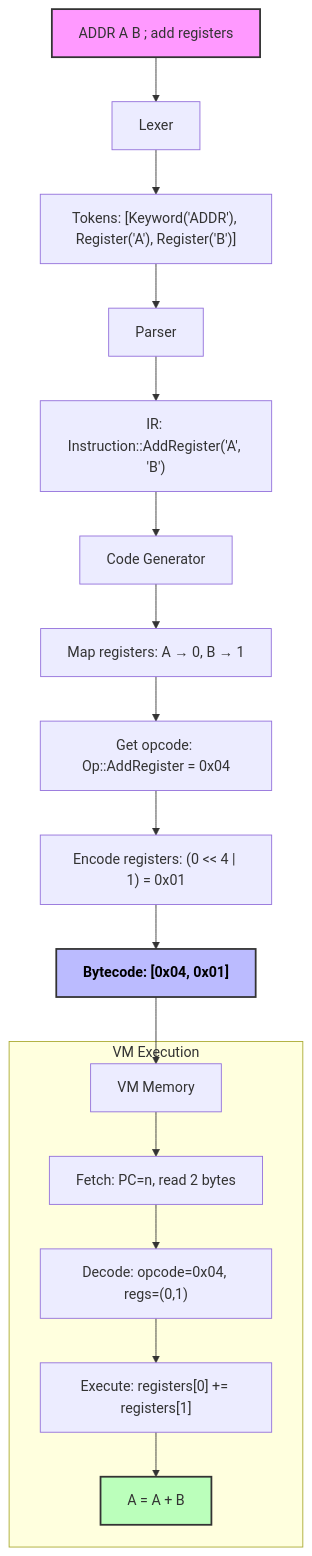
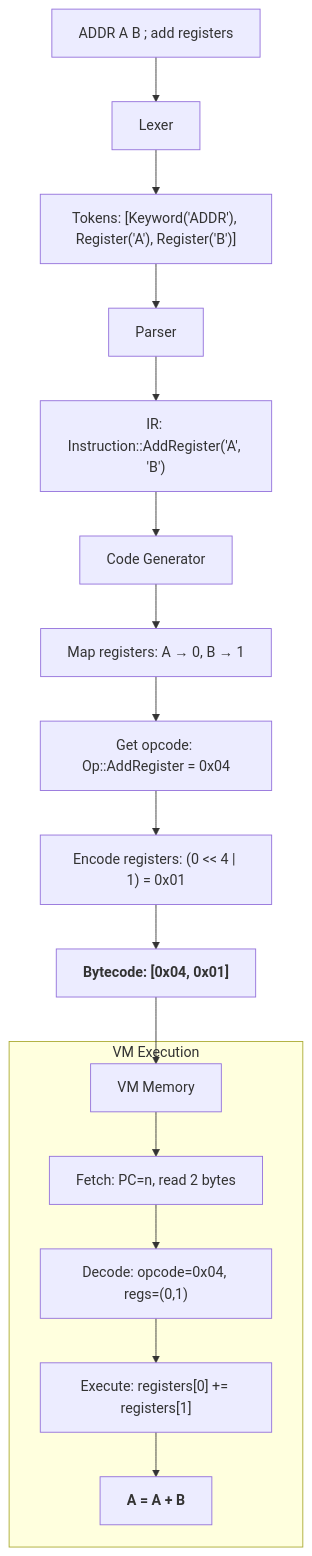
The fifth of 5 diagrams in README.md (dtg-lucifer/16bit-vm-rust), drawn with Mermaid before and after one commit. The commit also changed other lines of this file, not shown here.

````diff
--- a/README.md
+++ b/README.md
@@ -586,28 +566,26 @@
 ```mermaid
 flowchart TD
     A["ADDR A B ; add registers"] --> B["Lexer"]
     B --> C["Tokens: [Keyword('ADDR'), Register('A'), Register('B')]"]
     C --> D["Parser"]
     D --> E["IR: Instruction::AddRegister('A', 'B')"]
     E --> F["Code Generator"]
     F --> G1["Map registers: A → 0, B → 1"]
     G1 --> G2["Get opcode: Op::AddRegister = 0x04"]
     G2 --> G3["Encode registers: (0 << 4 | 1) = 0x01"]
     G3 --> H["Bytecode: [0x04, 0x01]"]
     H --> I["VM Memory"]
 
     subgraph "VM Execution"
         I --> J["Fetch: PC=n, read 2 bytes"]
         J --> K["Decode: opcode=0x04, regs=(0,1)"]
         K --> L["Execute: registers[0] += registers[1]"]
         L --> M["A = A + B"]
     end
 
-    classDef source fill:#f9f,stroke:#333,stroke-width:2px;
-    classDef bytecode fill:#bbf,stroke:#333,stroke-width:2px,color:#000,font-weight:bold;
-    classDef result fill:#bfb,stroke:#333,stroke-width:2px;
+    classDef bytecode font-weight:bold;
+    classDef result font-weight:bold;
 
-    class A source;
     class H bytecode;
     class M result;
 ```
````
